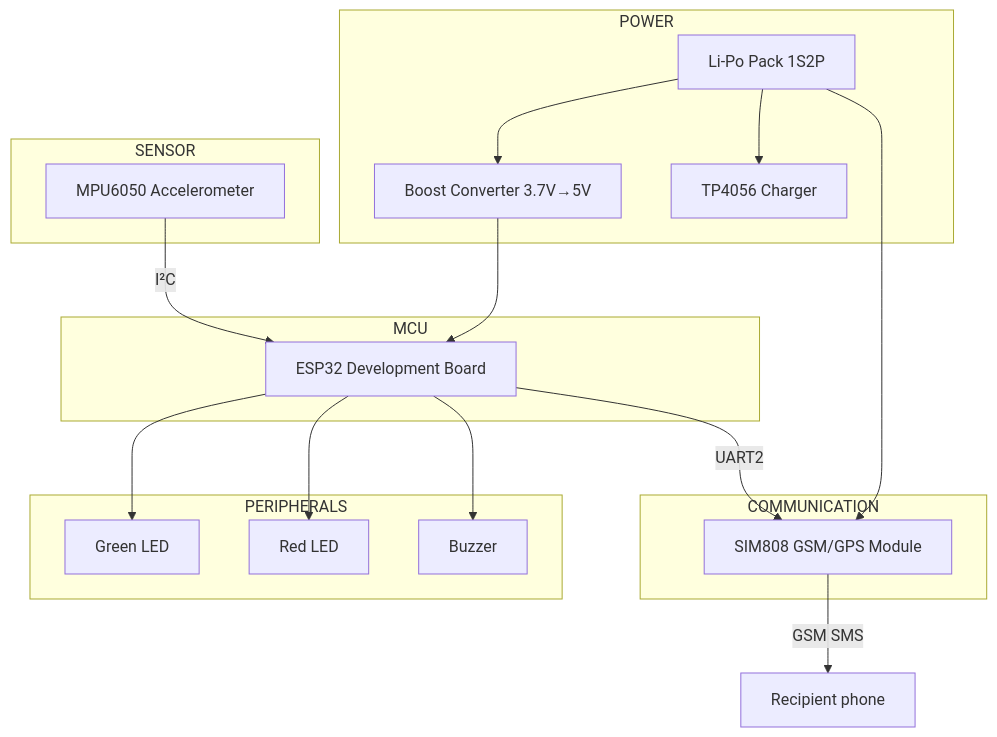
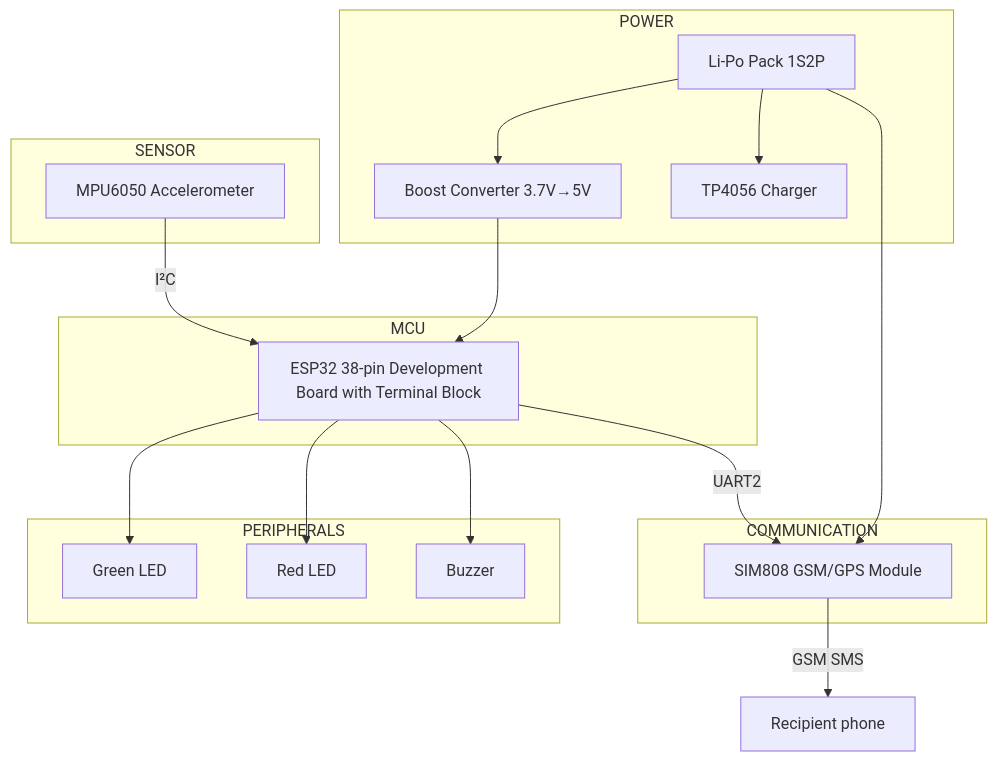
One commit to qppd/smart-vehicle-impact-detection-device changed the first of 8 diagrams in docs/SYSTEM-ARCHITECTURE.md. Above: the diagram before and after it, drawn with Mermaid. The commit also changed 25 other files, not shown here.

````diff
--- a/docs/SYSTEM-ARCHITECTURE.md
+++ b/docs/SYSTEM-ARCHITECTURE.md
@@ -23,37 +23,37 @@
 ```mermaid
 graph TB
     subgraph SENSOR["SENSOR"]
         MPU6050["MPU6050 Accelerometer"]
     end
 
     subgraph MCU["MCU"]
-        ESP32["ESP32 Development Board"]
+        ESP32["ESP32 38-pin Development Board with Terminal Block"]
     end
 
     subgraph COMM["COMMUNICATION"]
         SIM808["SIM808 GSM/GPS Module"]
     end
 
     subgraph PERIPH["PERIPHERALS"]
         GREEN["Green LED"]
         RED["Red LED"]
         BUZZ["Buzzer"]
     end
 
     subgraph POWER["POWER"]
         BAT["Li-Po Pack 1S2P"]
         BOOST["Boost Converter 3.7V→5V"]
         TP4056["TP4056 Charger"]
     end
 
     MPU6050 -- "I²C" --> ESP32
     ESP32 -- "UART2" --> SIM808
     SIM808 -- "GSM SMS" --> PHONE["Recipient phone"]
     ESP32 --> GREEN
     ESP32 --> RED
     ESP32 --> BUZZ
     BAT --> BOOST
     BAT --> TP4056
     BAT --> SIM808
     BOOST --> ESP32
 ```
````
